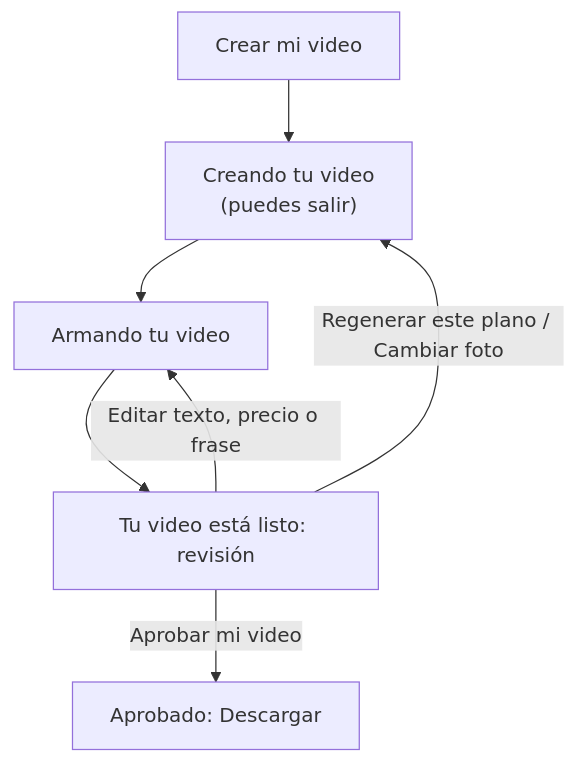
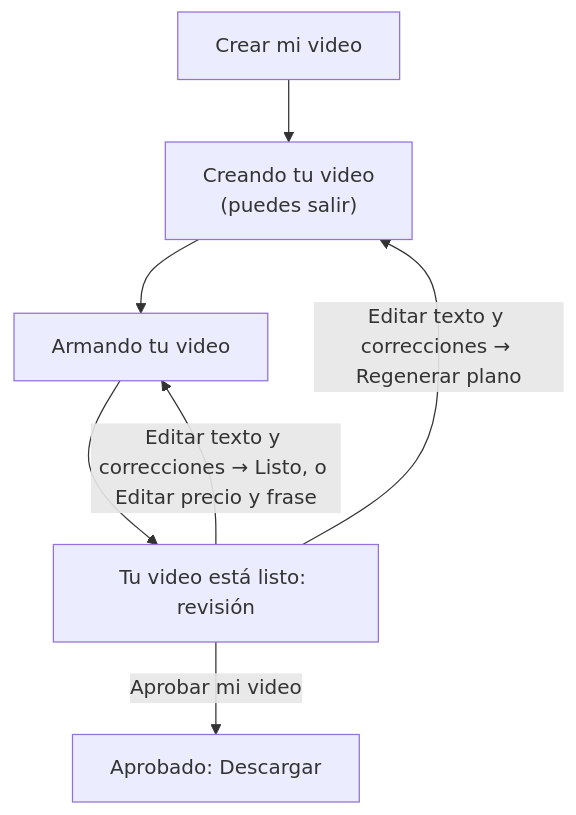
One commit to fabio2152/autoreel changed the fourth of 4 diagrams in docs/manual-negocio.md. Above: the diagram before and after it, drawn with Mermaid. The commit also changed other lines of this file and 100 other files, not shown here.

First line of the commit message:
feat: edicion con correcciones, una foto por producto y mejoras del admin

````diff
--- a/docs/manual-negocio.md
+++ b/docs/manual-negocio.md
@@ -752,9 +769,9 @@
 ```mermaid
 flowchart TD
     A["Crear mi video"] --> B["Creando tu video<br/>(puedes salir)"]
     B --> C["Armando tu video"]
     C --> D["Tu video está listo: revisión"]
-    D -->|Regenerar este plano / Cambiar foto| B
-    D -->|Editar texto, precio o frase| C
+    D -->|Editar texto y correcciones → Regenerar plano| B
+    D -->|Editar texto y correcciones → Listo, o Editar precio y frase| C
     D -->|Aprobar mi video| E["Aprobado: Descargar"]
 ```
````
